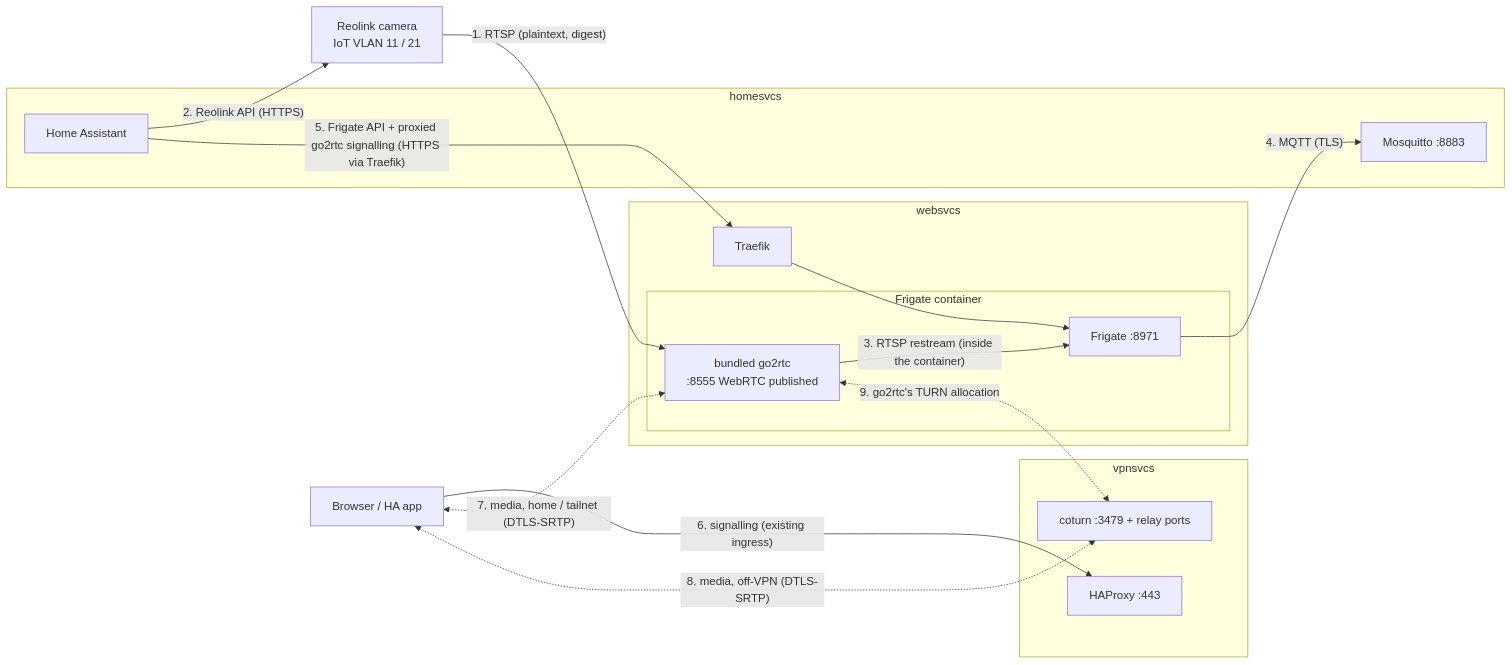
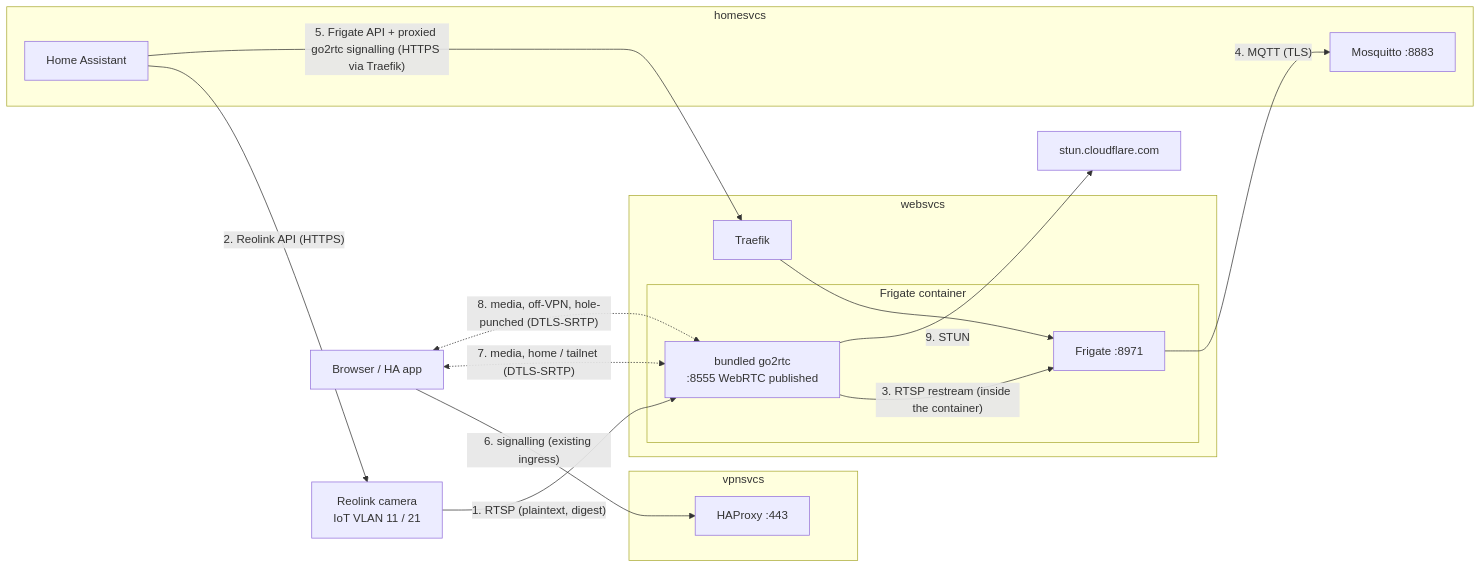
Before and after one commit to babraham123/homelab: the diagram in planning/camera-webrtc/spec.md, drawn with Mermaid. The commit also changed other lines of this file and 8 other files, not shown here.

````diff
--- a/planning/camera-webrtc/spec.md
+++ b/planning/camera-webrtc/spec.md
@@ -43,30 +44,30 @@
 ```mermaid
 flowchart LR
     cam["Reolink camera<br/>IoT VLAN 11 / 21"]
     subgraph websvcs
         subgraph frigate["Frigate container"]
             g2r["bundled go2rtc<br/>:8555 WebRTC published"]
             frig["Frigate :8971"]
         end
         trw["Traefik"]
     end
     subgraph homesvcs
         ha["Home Assistant"]
         mq["Mosquitto :8883"]
     end
     subgraph vpnsvcs
         hap["HAProxy :443"]
-        turn["coturn :3479 + relay ports"]
     end
     browser["Browser / HA app"]
+    cf["stun.cloudflare.com"]
 
     cam -- "1. RTSP (plaintext, digest)" --> g2r
     ha -- "2. Reolink API (HTTPS)" --> cam
     g2r -- "3. RTSP restream (inside the container)" --> frig
     frig -- "4. MQTT (TLS)" --> mq
     ha -- "5. Frigate API + proxied go2rtc signalling (HTTPS via Traefik)" --> trw --> frig
     browser -- "6. signalling (existing ingress)" --> hap
     browser <-. "7. media, home / tailnet (DTLS-SRTP)" .-> g2r
-    browser <-. "8. media, off-VPN (DTLS-SRTP)" .-> turn
-    g2r <-. "9. go2rtc's TURN allocation" .-> turn
+    browser <-. "8. media, off-VPN, hole-punched (DTLS-SRTP)" .-> g2r
+    g2r -- "9. STUN" --> cf
 ```
````
